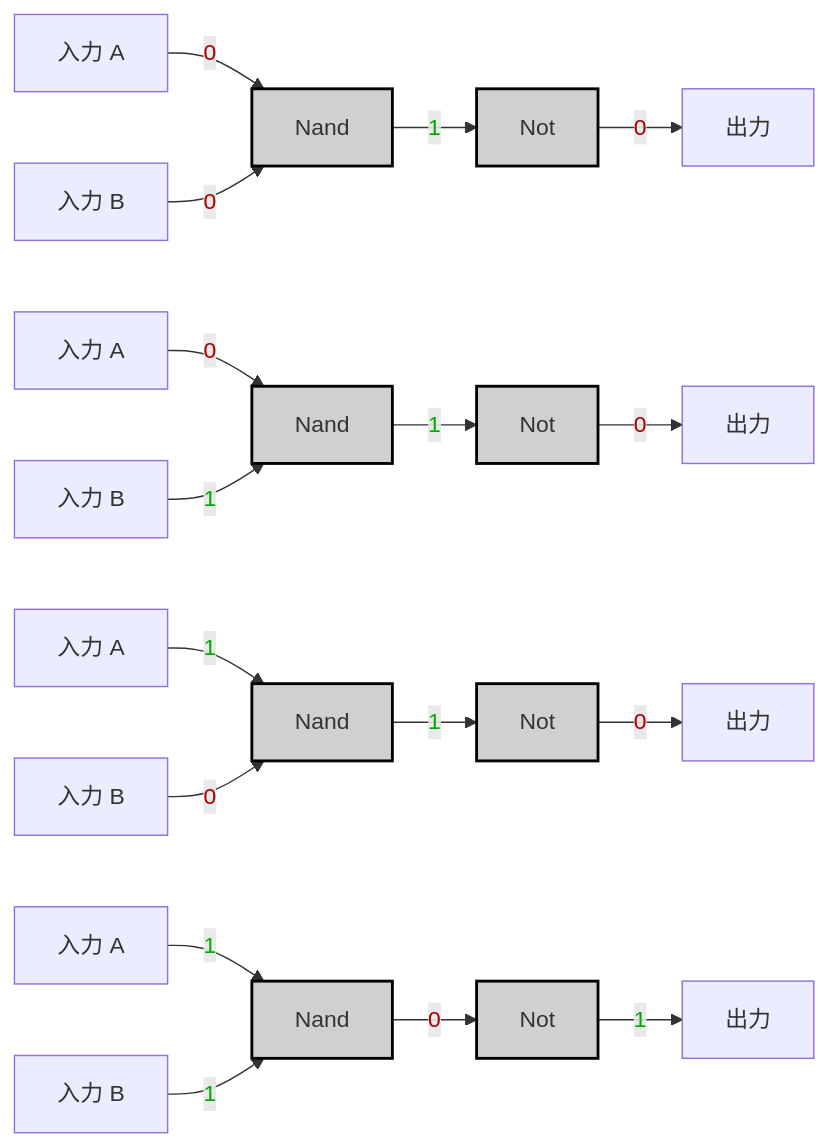
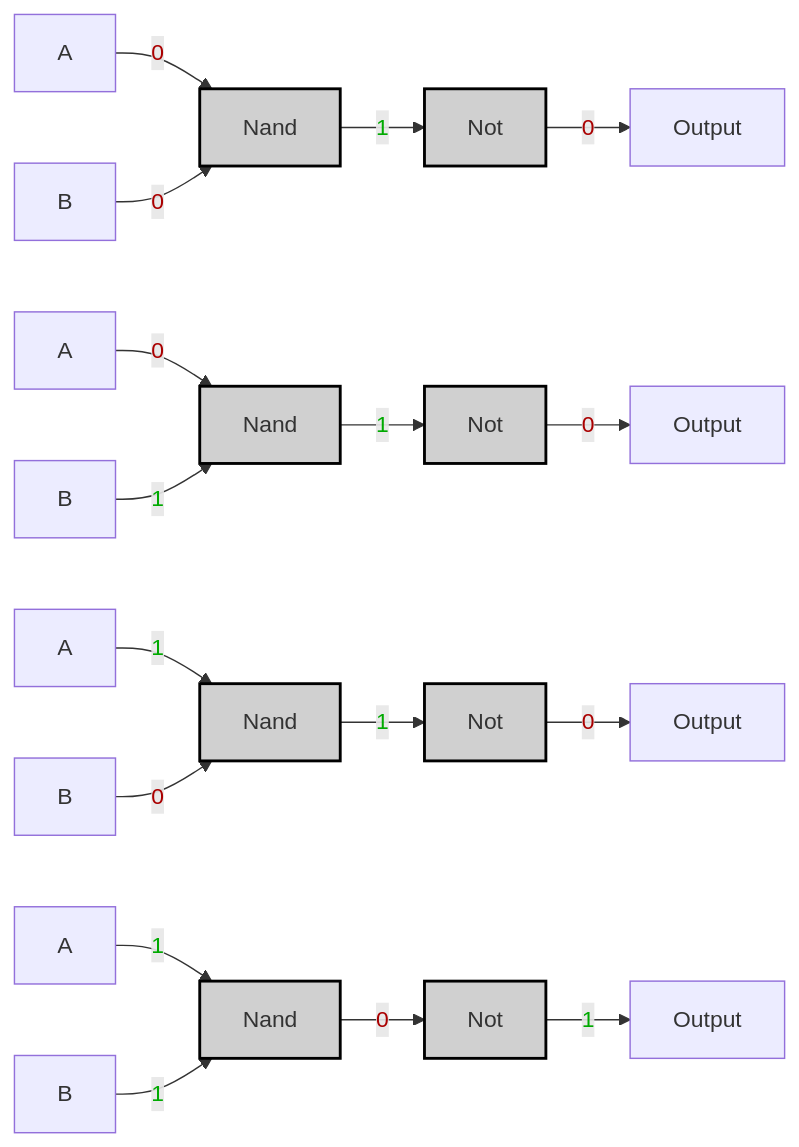
The second of 2 diagrams in 99_Projects/Nand2Tetris/HackHDL/02_AND.md (MeJamoLeo/Vault_Templates), drawn with Mermaid before and after one commit. The commit also changed other lines of this file and 3 other files, not shown here.

````diff
--- a/99_Projects/Nand2Tetris/HackHDL/02_AND.md
+++ b/99_Projects/Nand2Tetris/HackHDL/02_AND.md
@@ -59,24 +59,24 @@
 ```mermaid
 graph LR;
-    A["入力 A"] -->|<span style="color:#a00">0</span>| Nand0;
-    B["入力 B"] -->|<span style="color:#a00">0</span>| Nand0;
+    A["A"] -->|<span style="color:#a00">0</span>| Nand0;
+    B["B"] -->|<span style="color:#a00">0</span>| Nand0;
     Nand0["Nand"]:::gate -->|<span style="color:#0a0">1</span>| Not0["Not"]:::gate;
-    Not0 -->|<span style="color:#a00">0</span>| OUT0["出力"];
+    Not0 -->|<span style="color:#a00">0</span>| OUT0["Output"];
 
-    A1["入力 A"] -->|<span style="color:#a00">0</span>| Nand1;
-    B1["入力 B"] -->|<span style="color:#0a0">1</span>| Nand1;
+    A1["A"] -->|<span style="color:#a00">0</span>| Nand1;
+    B1["B"] -->|<span style="color:#0a0">1</span>| Nand1;
     Nand1["Nand"]:::gate -->|<span style="color:#0a0">1</span>| Not1["Not"]:::gate;
-    Not1 -->|<span style="color:#a00">0</span>| OUT1["出力"];
+    Not1 -->|<span style="color:#a00">0</span>| OUT1["Output"];
 
-    A2["入力 A"] -->|<span style="color:#0a0">1</span>| Nand2;
-    B2["入力 B"] -->|<span style="color:#a00">0</span>| Nand2;
+    A2["A"] -->|<span style="color:#0a0">1</span>| Nand2;
+    B2["B"] -->|<span style="color:#a00">0</span>| Nand2;
     Nand2["Nand"]:::gate -->|<span style="color:#0a0">1</span>| Not2["Not"]:::gate;
-    Not2 -->|<span style="color:#a00">0</span>| OUT2["出力"];
+    Not2 -->|<span style="color:#a00">0</span>| OUT2["Output"];
 
-    A3["入力 A"] -->|<span style="color:#0a0">1</span>| Nand3;
-    B3["入力 B"] -->|<span style="color:#0a0">1</span>| Nand3;
+    A3["A"] -->|<span style="color:#0a0">1</span>| Nand3;
+    B3["B"] -->|<span style="color:#0a0">1</span>| Nand3;
     Nand3["Nand"]:::gate -->|<span style="color:#a00">0</span>| Not3["Not"]:::gate;
-    Not3 -->|<span style="color:#0a0">1</span>| OUT3["出力"];
+    Not3 -->|<span style="color:#0a0">1</span>| OUT3["Output"];
 
     classDef gate fill:#d0d0d0,stroke:#000,stroke-width:2px;
 ```
````
